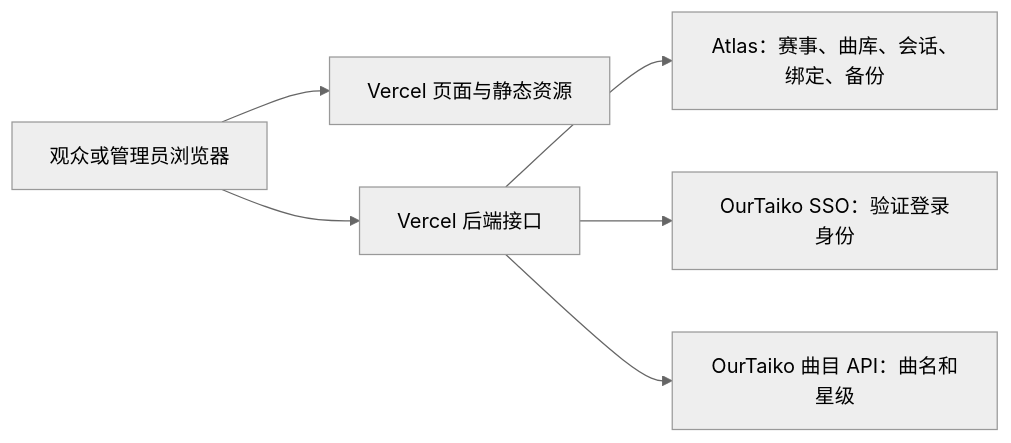
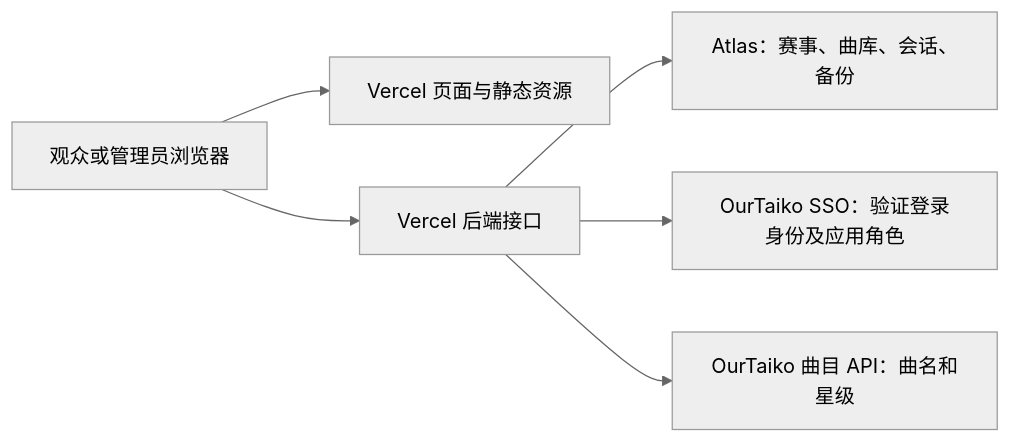
One commit to OurTaiko/OurTaikoTournaments changed the diagram in docs/MAINTENANCE.md. Above: the diagram before and after it, drawn with Mermaid (neutral theme). The commit also changed other lines of this file and 13 other files, not shown here.

````diff
--- a/docs/MAINTENANCE.md
+++ b/docs/MAINTENANCE.md
@@ -31,8 +31,8 @@
 ```mermaid
 flowchart LR
   Browser[观众或管理员浏览器] --> CDN[Vercel 页面与静态资源]
   Browser --> API[Vercel 后端接口]
-  API --> DB[Atlas：赛事、曲库、会话、绑定、备份]
-  API --> SSO[OurTaiko SSO：验证登录身份]
+  API --> DB[Atlas：赛事、曲库、会话、备份]
+  API --> SSO[OurTaiko SSO：验证登录身份及应用角色]
   API --> Catalog[OurTaiko 曲目 API：曲名和星级]
 ```
````
